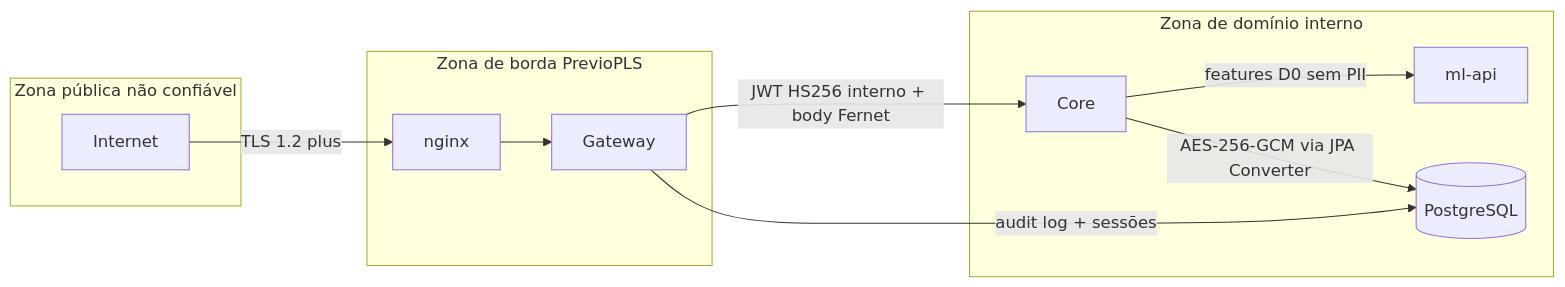
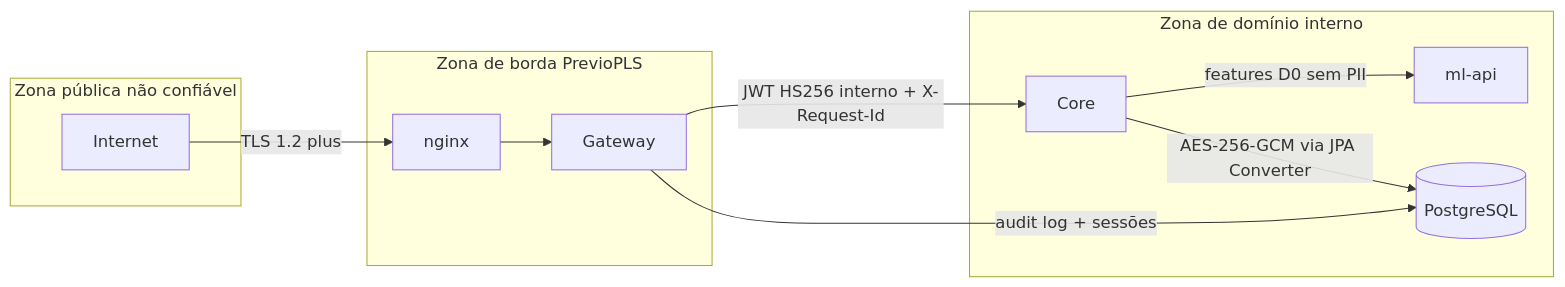
Before and after one commit to Lynnbrosa/previopls: the fourth of 8 diagrams in ARCHITECTURE.md, drawn with Mermaid. The commit also changed other lines of this file and 3 other files, not shown here.

First line of the commit message:
docs: alinha README, ARCHITECTURE e threat model ao fluxo real gateway -> core

````diff
--- a/ARCHITECTURE.md
+++ b/ARCHITECTURE.md
@@ -130,24 +132,24 @@
 ```mermaid
 flowchart LR
     subgraph zona_publica[Zona pública não confiável]
         Net[Internet]
     end
 
     subgraph zona_borda[Zona de borda PrevioPLS]
         Nx[nginx]
         GW2[Gateway]
     end
 
     subgraph zona_dominio[Zona de domínio interno]
         Cr2[Core]
         ML2[ml-api]
         DB2[(PostgreSQL)]
     end
 
     Net -->|TLS 1.2 plus| Nx
     Nx --> GW2
-    GW2 -->|JWT HS256 interno + body Fernet| Cr2
+    GW2 -->|JWT HS256 interno + X-Request-Id| Cr2
     Cr2 -->|features D0 sem PII| ML2
     Cr2 -->|AES-256-GCM via JPA Converter| DB2
     GW2 -->|audit log + sessões| DB2
 ```
````
